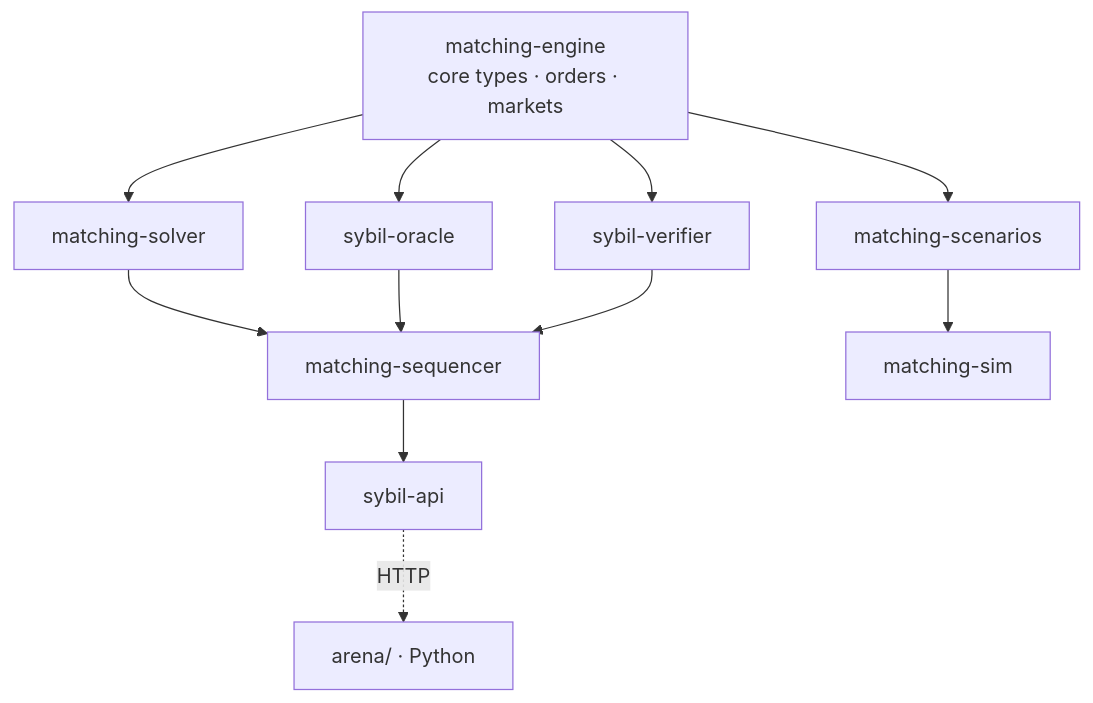
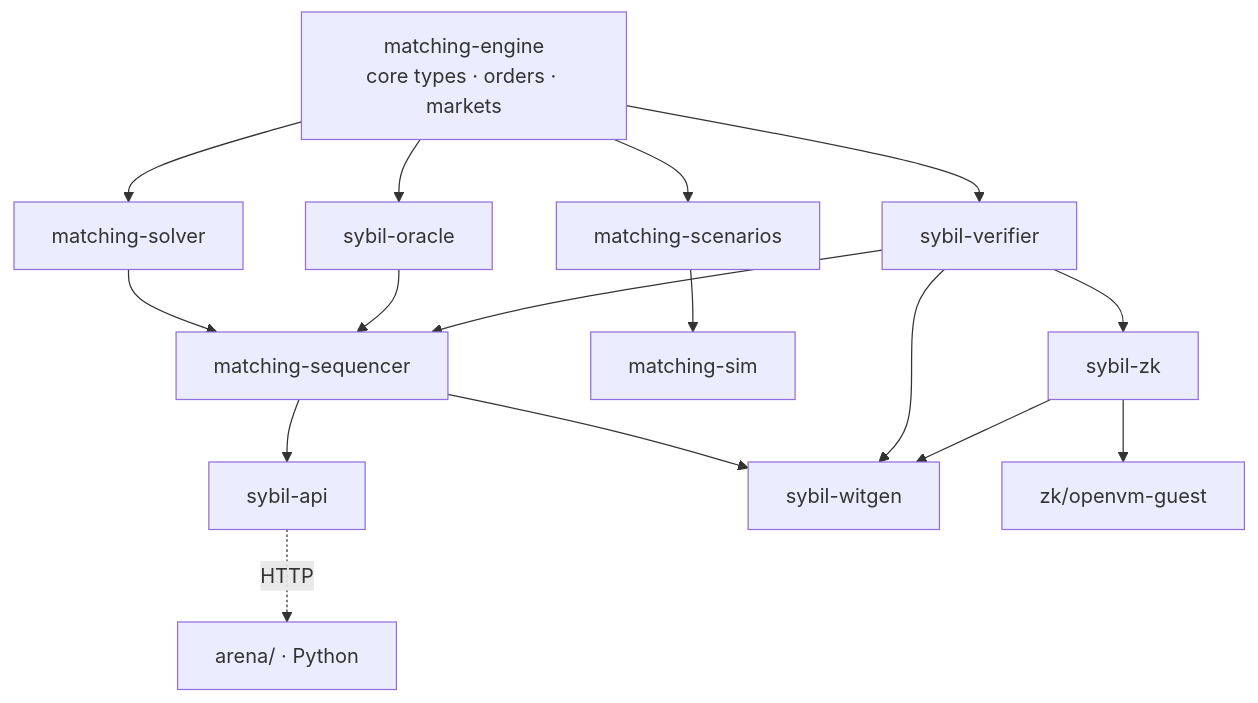
Before and after one commit to MetaB0y/sybil: the diagram in docs/architecture/Crate Dependency Map.md, drawn with Mermaid. The commit also changed other lines of this file and 5 other files, not shown here.

````diff
--- a/docs/architecture/Crate Dependency Map.md
+++ b/docs/architecture/Crate Dependency Map.md
@@ -14,18 +22,23 @@
 ```mermaid
 graph TB
     ENGINE["matching-engine<br/>core types · orders · markets"]
 
     ENGINE --> SOLVER["matching-solver"]
     ENGINE --> ORACLE["sybil-oracle"]
     ENGINE --> VERIFIER["sybil-verifier"]
     ENGINE --> SCENARIOS["matching-scenarios"]
 
     SOLVER --> SEQ["matching-sequencer"]
     ORACLE --> SEQ
     VERIFIER --> SEQ
 
     SEQ --> API["sybil-api"]
     API -.->|"HTTP"| ARENA["arena/ · Python"]
 
     SCENARIOS --> SIM["matching-sim"]
+    VERIFIER --> ZK["sybil-zk"]
+    SEQ --> WITGEN["sybil-witgen"]
+    VERIFIER --> WITGEN
+    ZK --> WITGEN
+    ZK --> OPENVM["zk/openvm-guest"]
 ```
````
